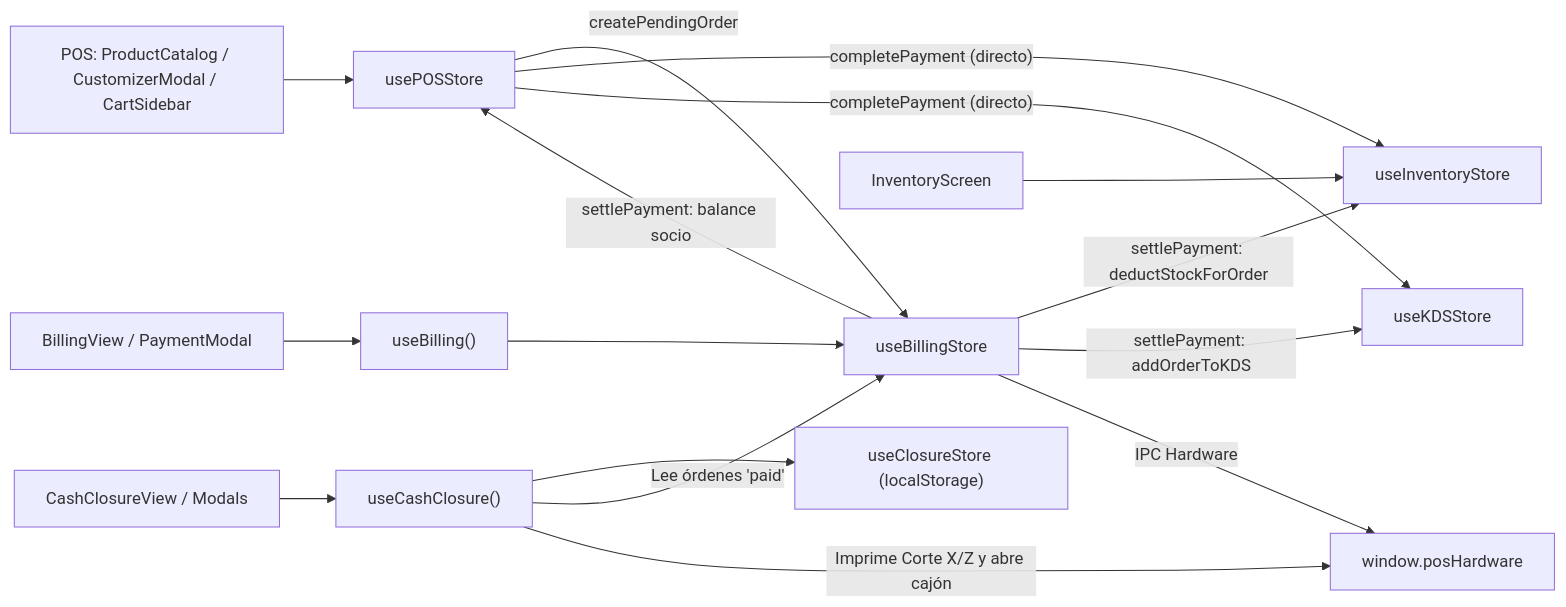
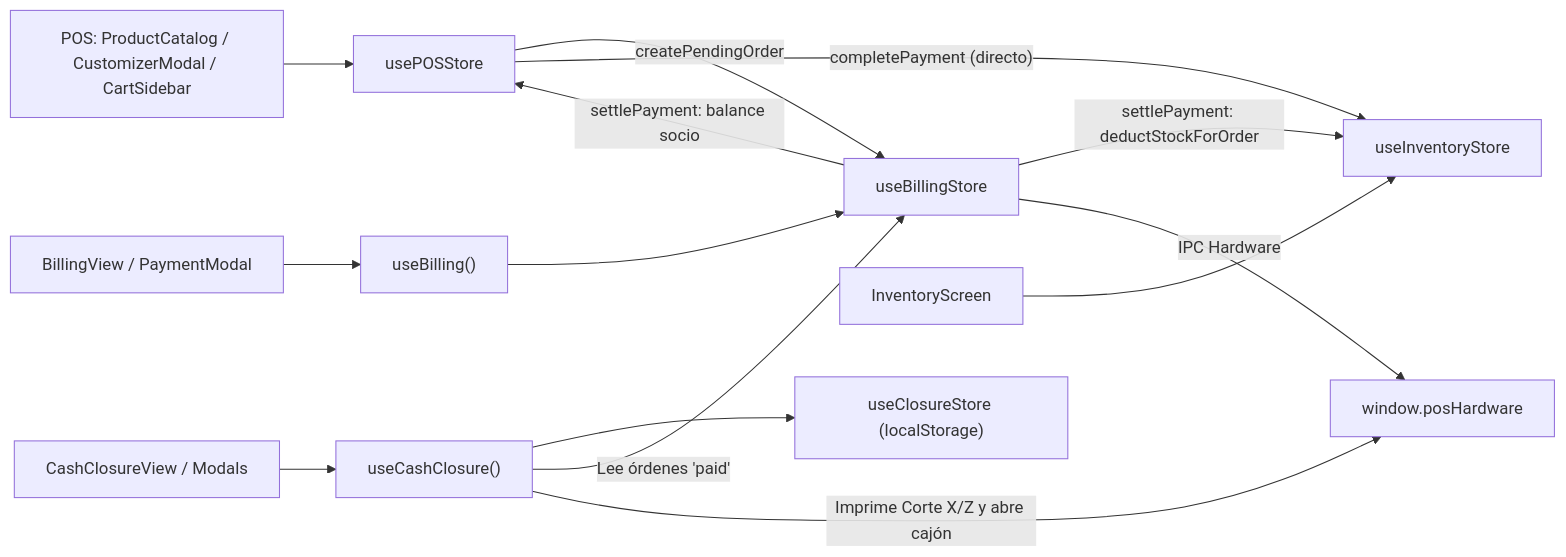
Before and after one commit to Jason171096/prime-fitness-bar: the first of 2 diagrams in ARCHITECTURE.md, drawn with Mermaid. The commit also changed other lines of this file and 14 other files, not shown here.

Commit message:
refactor: remove KDS module and associated store, types, and references

````diff
--- a/ARCHITECTURE.md
+++ b/ARCHITECTURE.md
@@ -826,20 +806,18 @@
 ```mermaid
 flowchart LR
     UI_POS["POS: ProductCatalog / CustomizerModal / CartSidebar"] --> posStore["usePOSStore"]
     posStore -- "createPendingOrder" --> billingStore["useBillingStore"]
     posStore -- "completePayment (directo)" --> invStore["useInventoryStore"]
-    posStore -- "completePayment (directo)" --> kdsStore["useKDSStore"]
 
     UI_BILL["BillingView / PaymentModal"] --> useBilling["useBilling()"] --> billingStore
     billingStore -- "settlePayment: deductStockForOrder" --> invStore
-    billingStore -- "settlePayment: addOrderToKDS" --> kdsStore
     billingStore -- "settlePayment: balance socio" --> posStore
     billingStore -- "IPC Hardware" --> Electron["window.posHardware"]
 
     UI_CLOS["CashClosureView / Modals"] --> useClosure["useCashClosure()"]
     useClosure --> closureStore["useClosureStore (localStorage)"]
     useClosure -- "Lee órdenes 'paid'" --> billingStore
     useClosure -- "Imprime Corte X/Z y abre cajón" --> Electron
 
     UI_INV["InventoryScreen"] --> invStore
 ```
````
